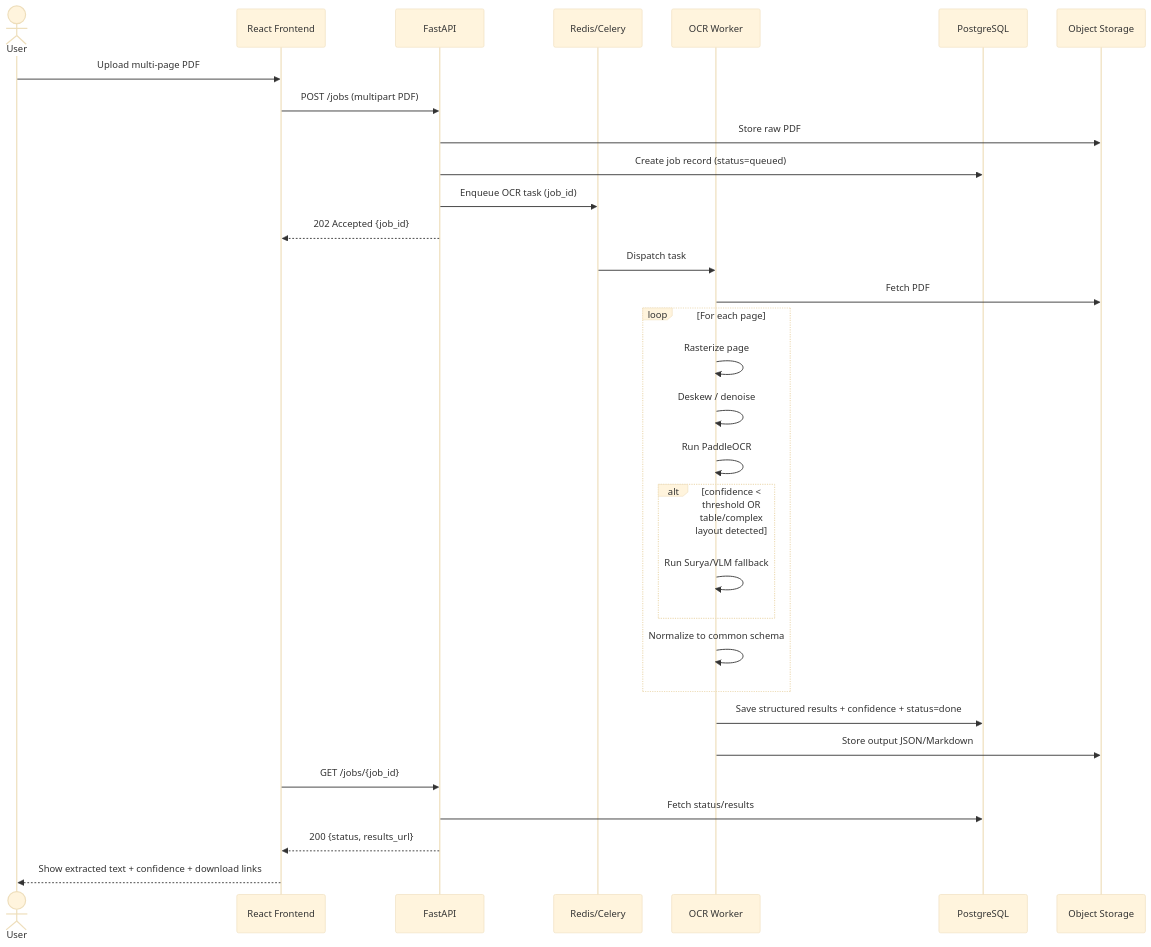
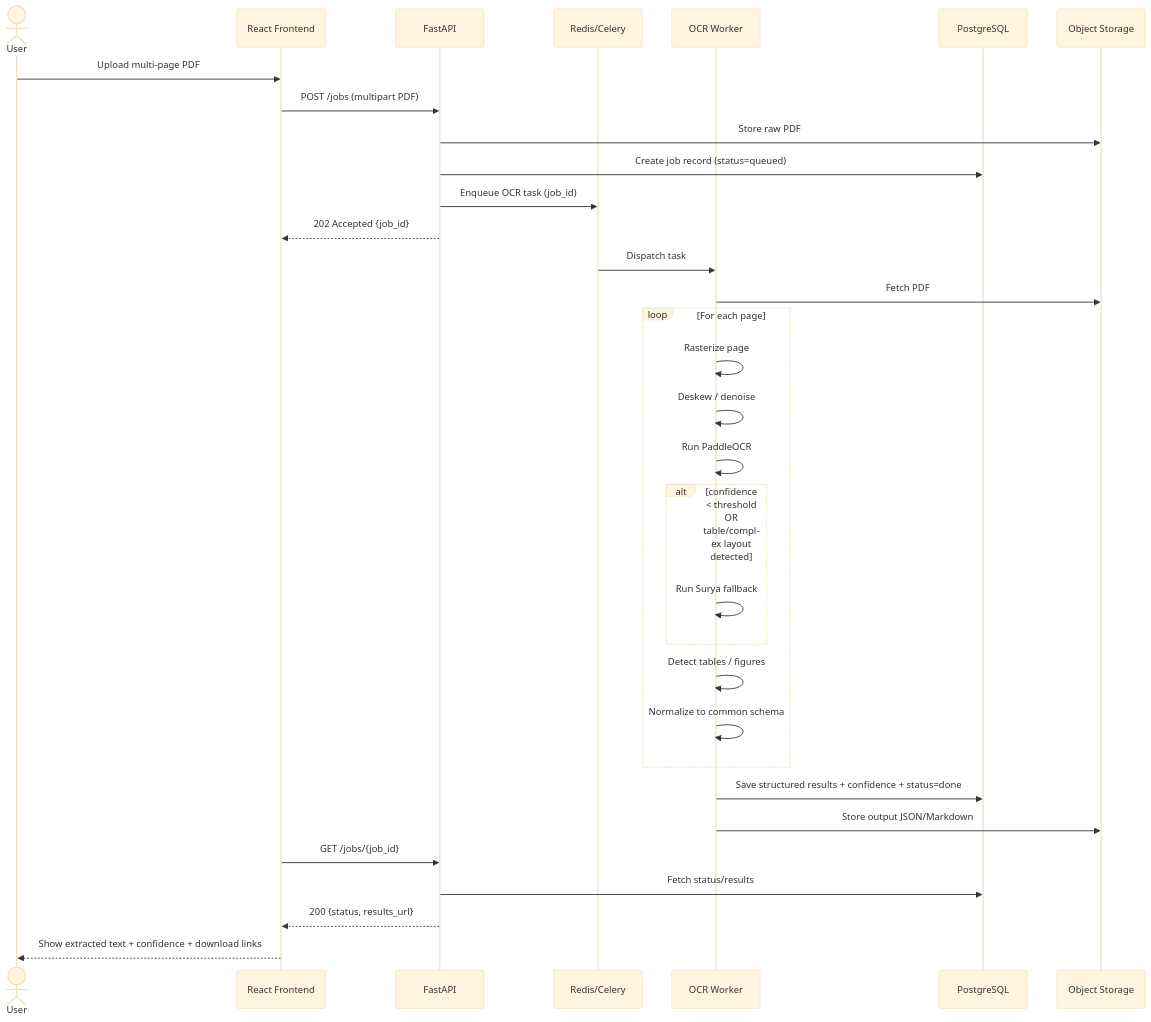
The second of 5 diagrams in ARCHITECTURE.md (khiloni/Multilingual-OCR-pipeline-architecture), drawn with Mermaid (base theme) before and after one commit. The commit also changed other lines of this file and 7 other files, not shown here.

````diff
--- a/ARCHITECTURE.md
+++ b/ARCHITECTURE.md
@@ -140,36 +109,37 @@
 ```mermaid
 sequenceDiagram
     actor User
     participant FE as React Frontend
     participant API as FastAPI
     participant Q as Redis/Celery
     participant W as OCR Worker
     participant DB as PostgreSQL
     participant S3 as Object Storage
 
     User->>FE: Upload multi-page PDF
     FE->>API: POST /jobs (multipart PDF)
     API->>S3: Store raw PDF
     API->>DB: Create job record (status=queued)
     API->>Q: Enqueue OCR task (job_id)
     API-->>FE: 202 Accepted {job_id}
 
     Q->>W: Dispatch task
     W->>S3: Fetch PDF
     loop For each page
         W->>W: Rasterize page
         W->>W: Deskew / denoise
         W->>W: Run PaddleOCR
         alt confidence < threshold OR table/complex layout detected
-            W->>W: Run Surya/VLM fallback
+            W->>W: Run Surya fallback
         end
+        W->>W: Detect tables / figures
         W->>W: Normalize to common schema
     end
     W->>DB: Save structured results + confidence + status=done
     W->>S3: Store output JSON/Markdown
 
     FE->>API: GET /jobs/{job_id}
     API->>DB: Fetch status/results
     API-->>FE: 200 {status, results_url}
     FE-->>User: Show extracted text + confidence + download links
 ```
````
